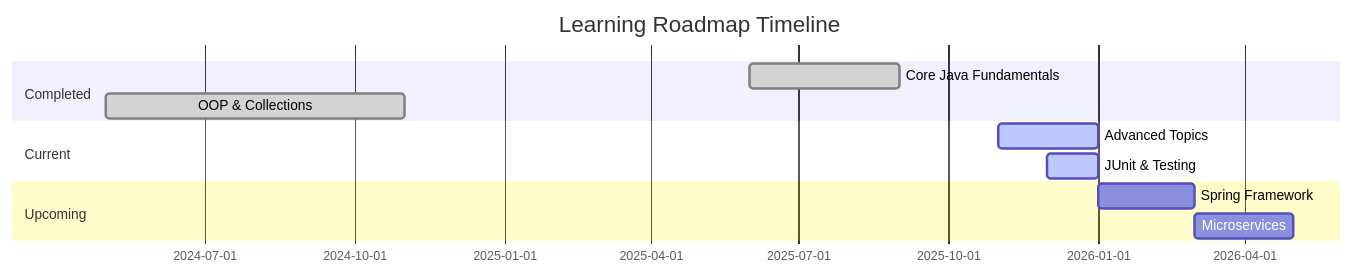
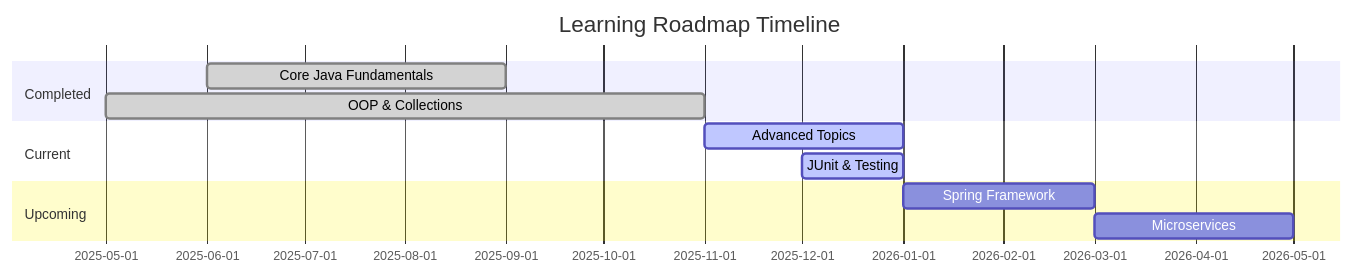
The second of 2 diagrams in README.md (akash0-real/java), drawn with Mermaid before and after one commit.

Commit message:
fixed the timeline

````diff
--- a/README.md
+++ b/README.md
@@ -435,14 +435,14 @@
 ```mermaid
 gantt
     title Learning Roadmap Timeline
     dateFormat  YYYY-MM
     section Completed
     Core Java Fundamentals    :done, 2025-06, 2025-09
-    OOP & Collections        :done, 2024-05, 2024-11
+    OOP & Collections        :done, 2025-05, 2025-11
     section Current
     Advanced Topics          :active, 2025-11, 2026-01
     JUnit & Testing         :active, 2025-12, 2026-01
     section Upcoming
     Spring Framework         :2026-01, 2026-03
     Microservices           :2026-03, 2026-05
 ```
````
